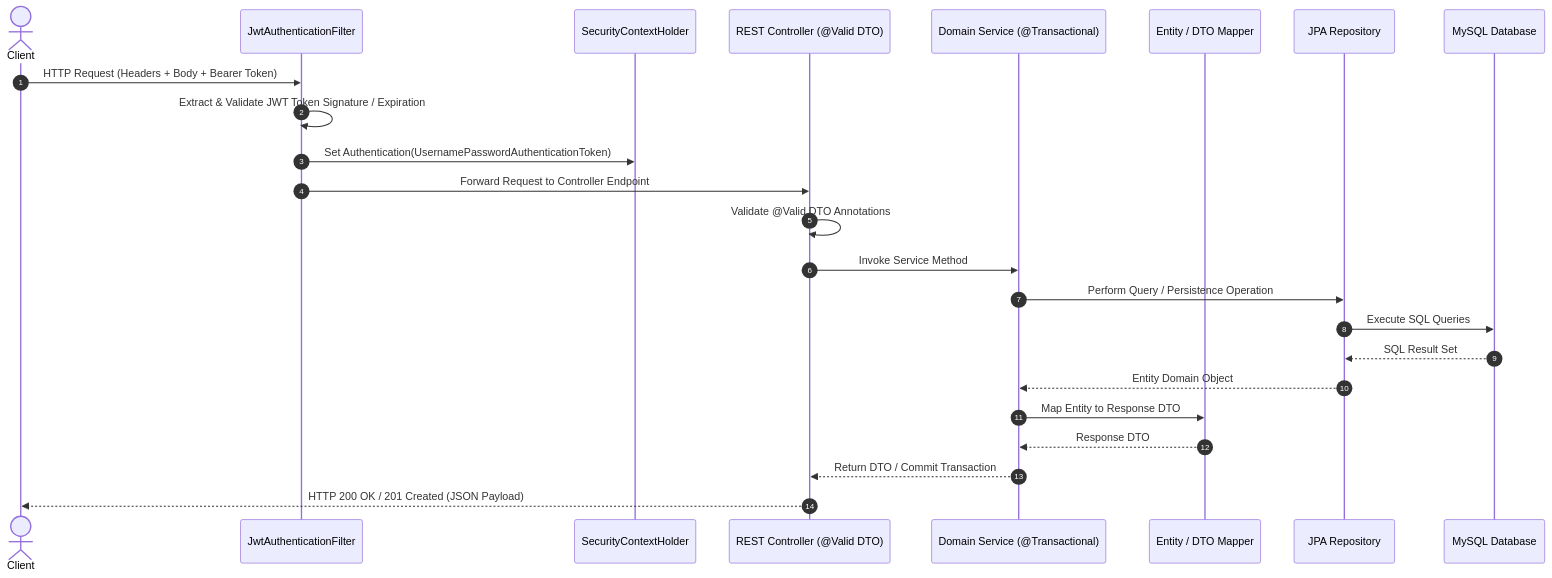
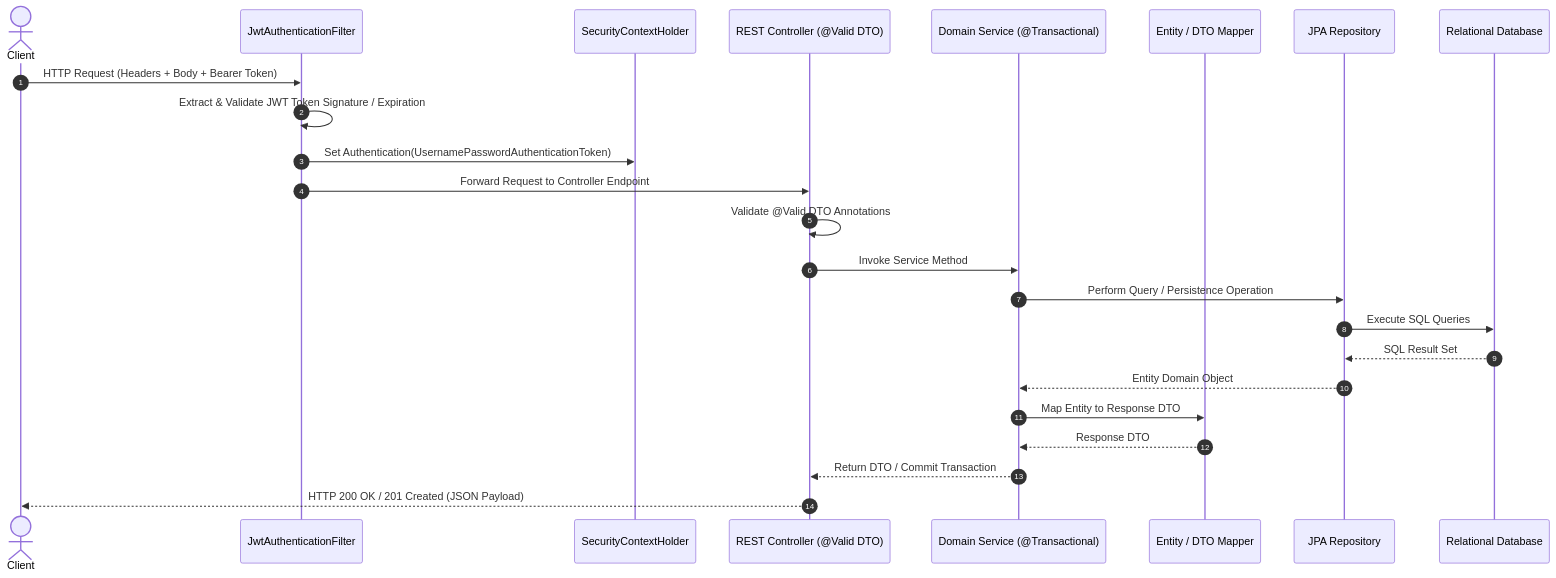
The third of 9 diagrams in docs/Architecture.md (Amitgupta0001/amazon-scale-backend), drawn with Mermaid before and after one commit. The commit also changed other lines of this file and 26 other files, not shown here.

Commit message:
docs: document project architecture, API, security, database, and modules

````diff
--- a/docs/Architecture.md
+++ b/docs/Architecture.md
@@ -193,27 +201,27 @@
 ```mermaid
 sequenceDiagram
     autonumber
     actor Client
     participant Filter as JwtAuthenticationFilter
     participant SecCtx as SecurityContextHolder
     participant Ctrl as REST Controller (@Valid DTO)
     participant Svc as Domain Service (@Transactional)
     participant Map as Entity / DTO Mapper
     participant Repo as JPA Repository
-    participant DB as MySQL Database
+    participant DB as Relational Database
 
     Client->>Filter: HTTP Request (Headers + Body + Bearer Token)
     Filter->>Filter: Extract & Validate JWT Token Signature / Expiration
     Filter->>SecCtx: Set Authentication(UsernamePasswordAuthenticationToken)
     Filter->>Ctrl: Forward Request to Controller Endpoint
     Ctrl->>Ctrl: Validate @Valid DTO Annotations
     Ctrl->>Svc: Invoke Service Method
     Svc->>Repo: Perform Query / Persistence Operation
     Repo->>DB: Execute SQL Queries
     DB-->>Repo: SQL Result Set
     Repo-->>Svc: Entity Domain Object
     Svc->>Map: Map Entity to Response DTO
     Map-->>Svc: Response DTO
     Svc-->>Ctrl: Return DTO / Commit Transaction
     Ctrl-->>Client: HTTP 200 OK / 201 Created (JSON Payload)
 ```
````
